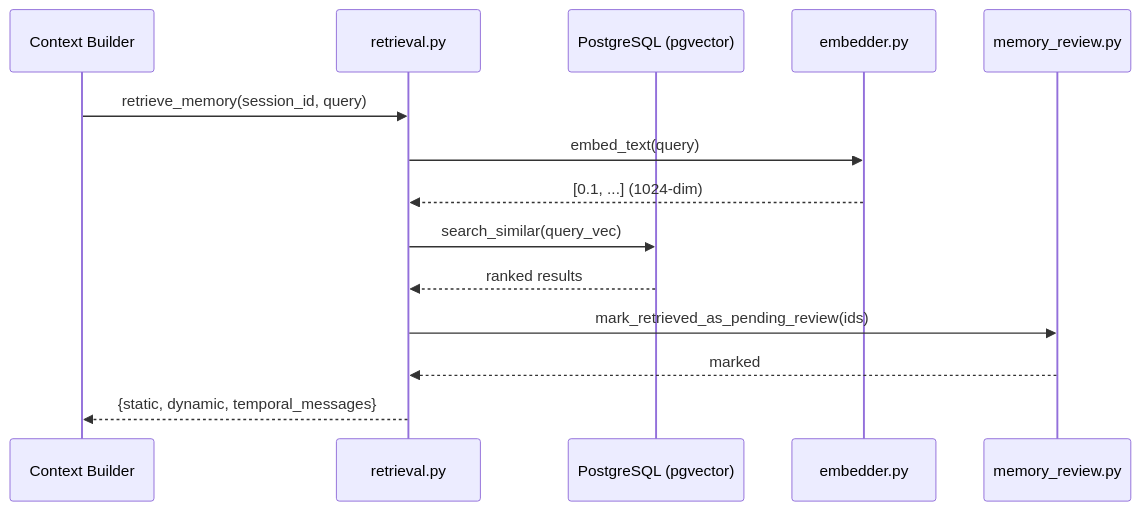
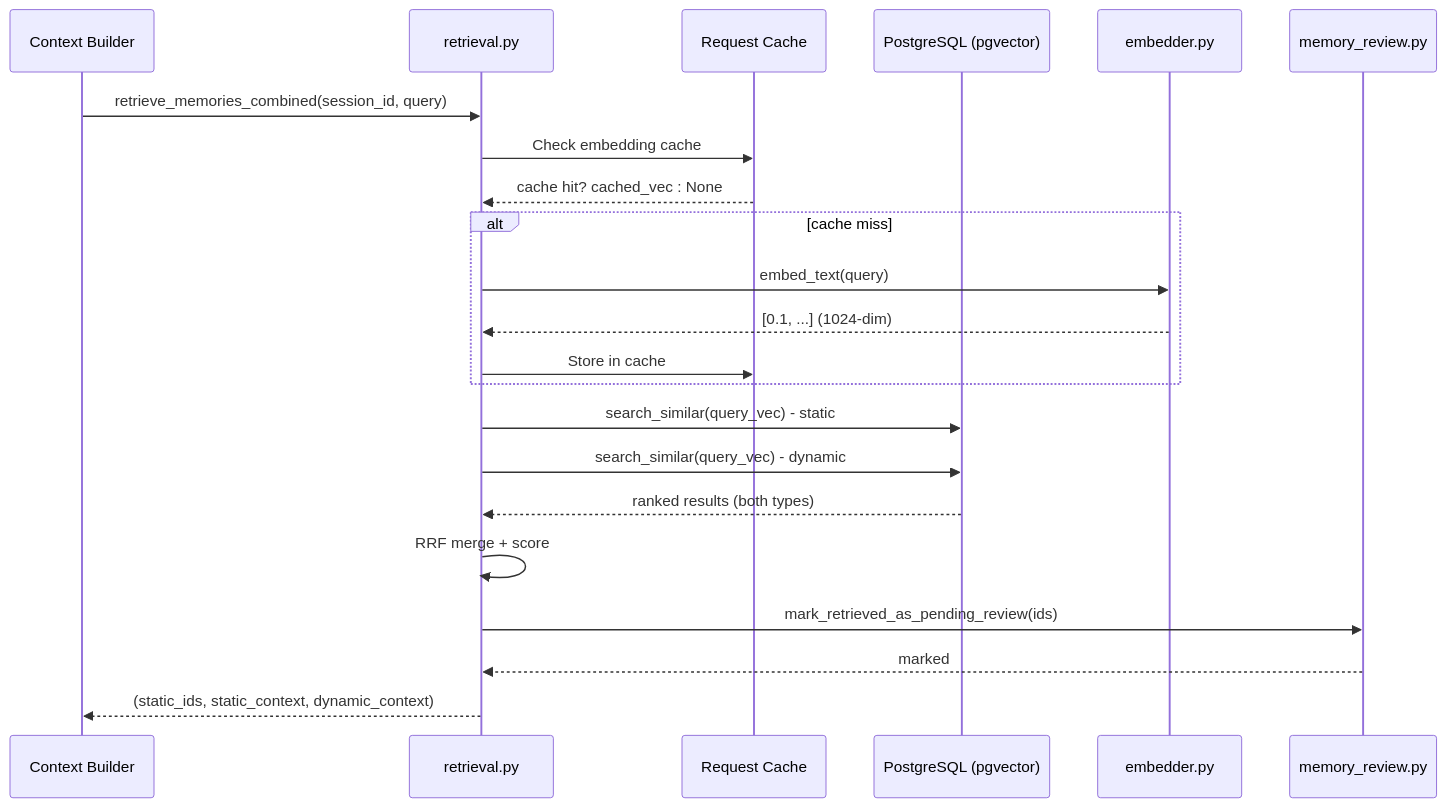
Before and after one commit to icedeyes12/yuzu-core: the fourth of 4 diagrams in app/memory/docs/architecture.md, drawn with Mermaid. The commit also changed other lines of this file and 7 other files, not shown here.

````diff
--- a/app/memory/docs/architecture.md
+++ b/app/memory/docs/architecture.md
@@ -249,17 +258,25 @@
 ```mermaid
 sequenceDiagram
     participant APP as Context Builder
     participant RET as retrieval.py
+    participant CACHE as Request Cache
     participant DB as PostgreSQL (pgvector)
     participant EMB as embedder.py
     participant REV as memory_review.py
 
-    APP->>RET: retrieve_memory(session_id, query)
-    RET->>EMB: embed_text(query)
-    EMB-->>RET: [0.1, ...]  (1024-dim)
-    RET->>DB: search_similar(query_vec)
-    DB-->>RET: ranked results
+    APP->>RET: retrieve_memories_combined(session_id, query)
+    RET->>CACHE: Check embedding cache
+    CACHE-->>RET: cache hit? cached_vec : None
+    alt cache miss
+        RET->>EMB: embed_text(query)
+        EMB-->>RET: [0.1, ...]  (1024-dim)
+        RET->>CACHE: Store in cache
+    end
+    RET->>DB: search_similar(query_vec) - static
+    RET->>DB: search_similar(query_vec) - dynamic
+    DB-->>RET: ranked results (both types)
+    RET->>RET: RRF merge + score
     RET->>REV: mark_retrieved_as_pending_review(ids)
     REV-->>RET: marked
-    RET-->>APP: {static, dynamic, temporal_messages}
+    RET-->>APP: (static_ids, static_context, dynamic_context)
 ```
````
